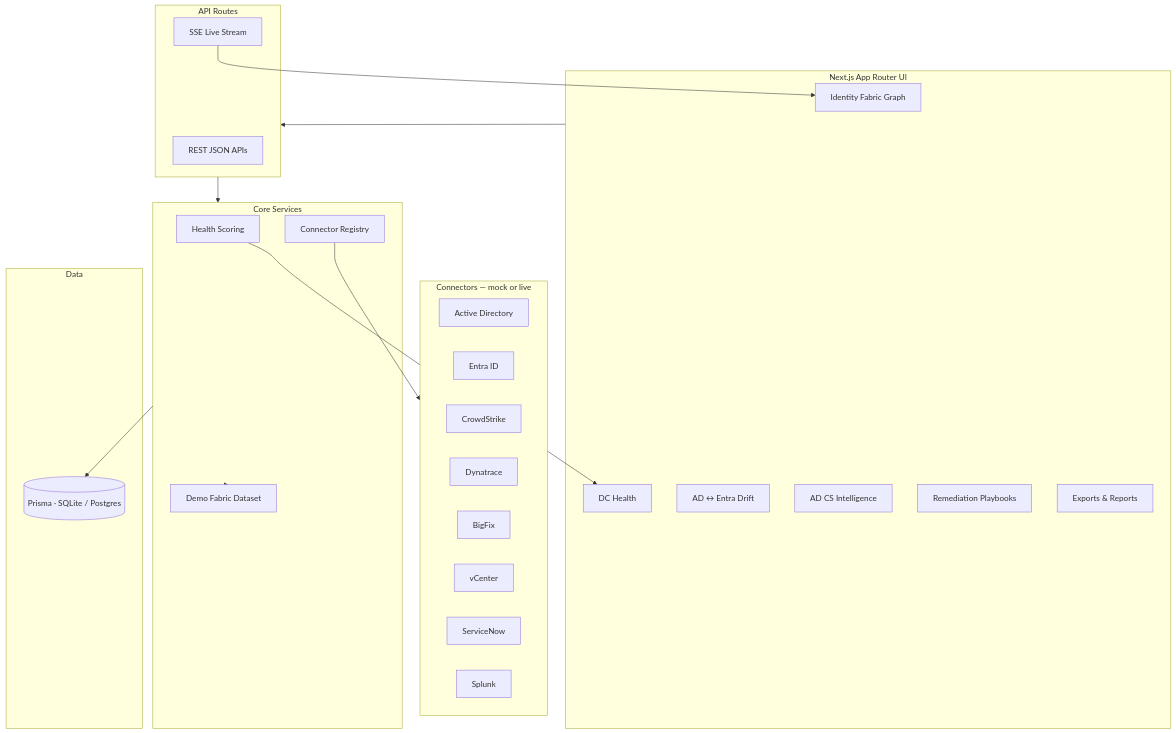
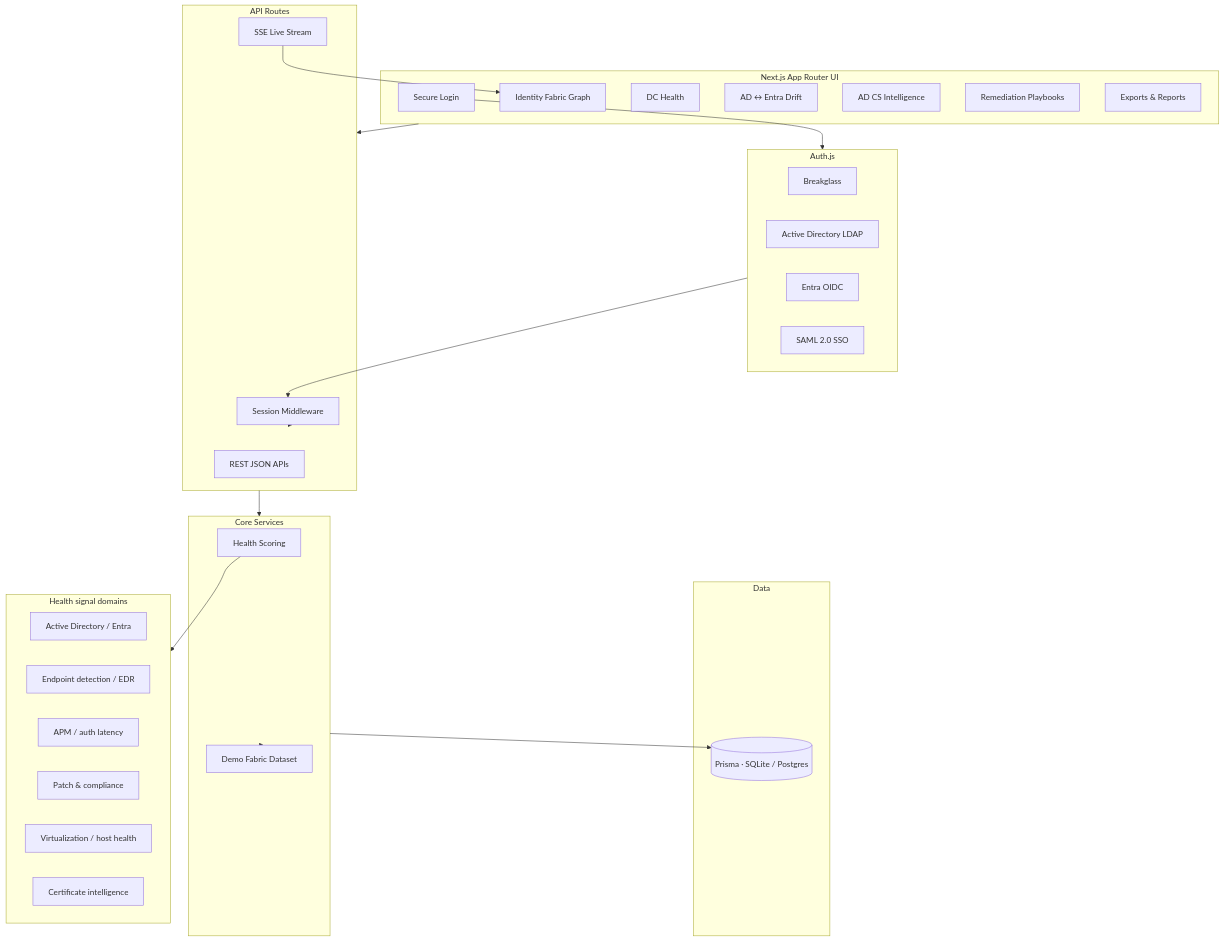
Before and after one commit to btstevens1984az/domain-helix: the diagram in docs/architecture.md, drawn with Mermaid. The commit also changed other lines of this file and 90 other files, not shown here.

First line of the commit message:
Secure DomainHelix with multi-method auth and remove Connectors/vendors.

````diff
--- a/docs/architecture.md
+++ b/docs/architecture.md
@@ -3,45 +3,53 @@
 ```mermaid
 flowchart TB
   subgraph UI["Next.js App Router UI"]
+    Login[Secure Login]
     Graph[Identity Fabric Graph]
     Health[DC Health]
     Drift[AD ↔ Entra Drift]
     Certs[AD CS Intelligence]
     Playbooks[Remediation Playbooks]
     Reports[Exports & Reports]
   end
 
+  subgraph Auth["Auth.js"]
+    BG[Breakglass]
+    ADAuth[Active Directory LDAP]
+    EntraOIDC[Entra OIDC]
+    SAML[SAML 2.0 SSO]
+  end
+
   subgraph API["API Routes"]
     REST[REST JSON APIs]
     SSE[SSE Live Stream]
+    MW[Session Middleware]
   end
 
   subgraph Core["Core Services"]
     Score[Health Scoring]
     Demo[Demo Fabric Dataset]
-    Conn[Connector Registry]
   end
 
   subgraph Data["Data"]
     Prisma[(Prisma · SQLite / Postgres)]
   end
 
-  subgraph External["Connectors — mock or live"]
-    AD[Active Directory]
-    Entra[Entra ID]
-    CS[CrowdStrike]
-    DT[Dynatrace]
-    BF[BigFix]
-    VM[vCenter]
-    SNOW[ServiceNow]
-    SPL[Splunk]
+  subgraph Signals["Health signal domains"]
+    Directory[Active Directory / Entra]
+    EDR[Endpoint detection / EDR]
+    APM[APM / auth latency]
+    Patch[Patch & compliance]
+    Host[Virtualization / host health]
+    CertsSig[Certificate intelligence]
   end
 
+  Login --> Auth
+  Auth --> MW
   UI --> API
+  MW --> API
   API --> Core
-  Conn --> External
   Core --> Demo
   Core --> Prisma
-  Score --> Health
+  Score --> Signals
   SSE --> Graph
 ```
````
